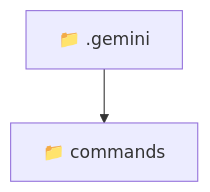
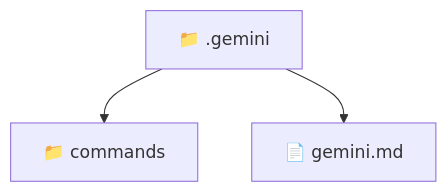
The diagram in .gemini/README.md (beginwebdev2002/fullstack-mavluda), drawn with Mermaid before and after one commit. The commit also changed other lines of this file and 165 other files, not shown here.

First line of the commit message:
docs: generate localized architectural READMEs

````diff
--- a/.gemini/README.md
+++ b/.gemini/README.md
@@ -9,5 +9,6 @@
 ```mermaid
 graph TD
-  Root["📁 .gemini"]
-  Root --> commands["📁 commands"]
+  _gemini["📁 .gemini"]
+  _gemini --> commands["📁 commands"]
+  _gemini --> gemini_md["📄 gemini.md"]
 ```
````
